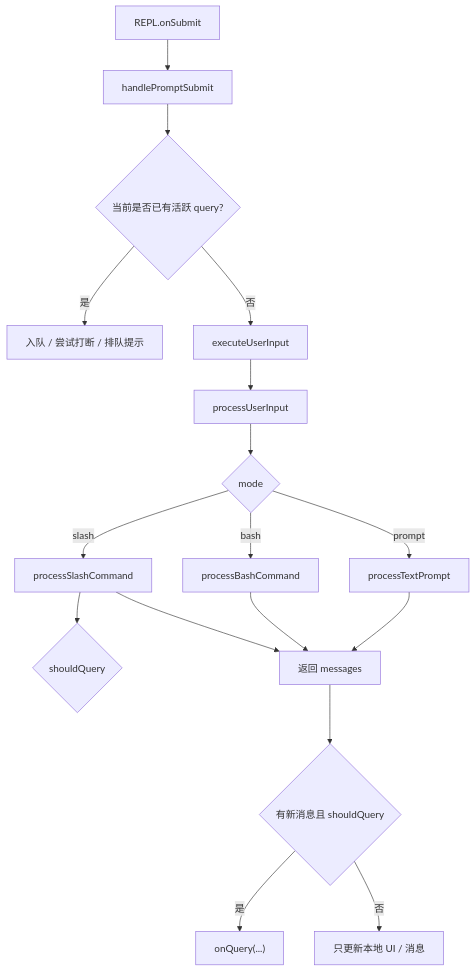
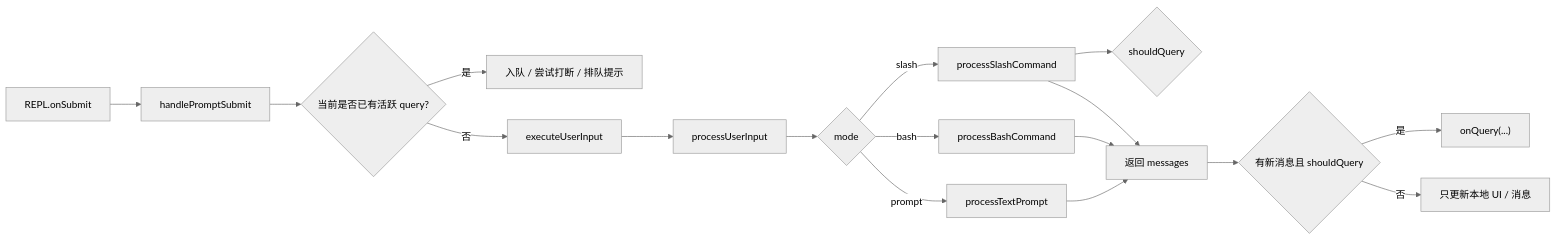
Before and after one commit to feuyeux/hello-claude-code: the diagram in deep_dive_cx/04-input-command-queue.md, drawn with Mermaid. The commit also changed 27 other files, not shown here.

````diff
--- a/deep_dive_cx/04-input-command-queue.md
+++ b/deep_dive_cx/04-input-command-queue.md
@@ -26,19 +26,23 @@
 ```mermaid
-flowchart TB
+---
+config:
+  theme: neutral
+---
+flowchart LR
     A[REPL.onSubmit] --> B[handlePromptSubmit]
     B --> C{当前是否已有活跃 query?}
     C -- 是 --> D[入队 / 尝试打断 / 排队提示]
     C -- 否 --> E[executeUserInput]
     E --> F[processUserInput]
     F --> G{mode}
     G -- prompt --> H[processTextPrompt]
     G -- bash --> I[processBashCommand]
     G -- slash --> J[processSlashCommand]
     J --> K{shouldQuery}
     H --> L[返回 messages]
     I --> L
     J --> L
     L --> M{有新消息且 shouldQuery}
     M -- 是 --> N["onQuery(...)"]
     M -- 否 --> O[只更新本地 UI / 消息]
 ```
````
